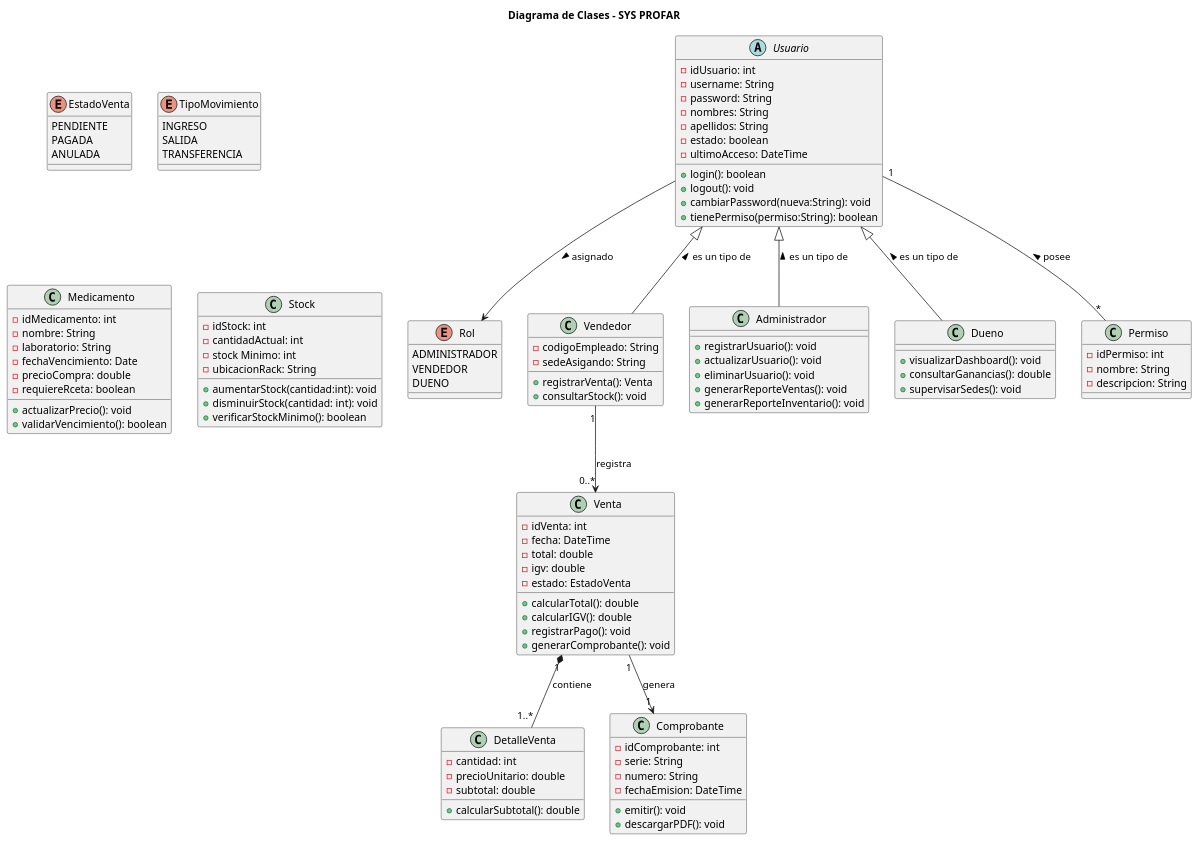
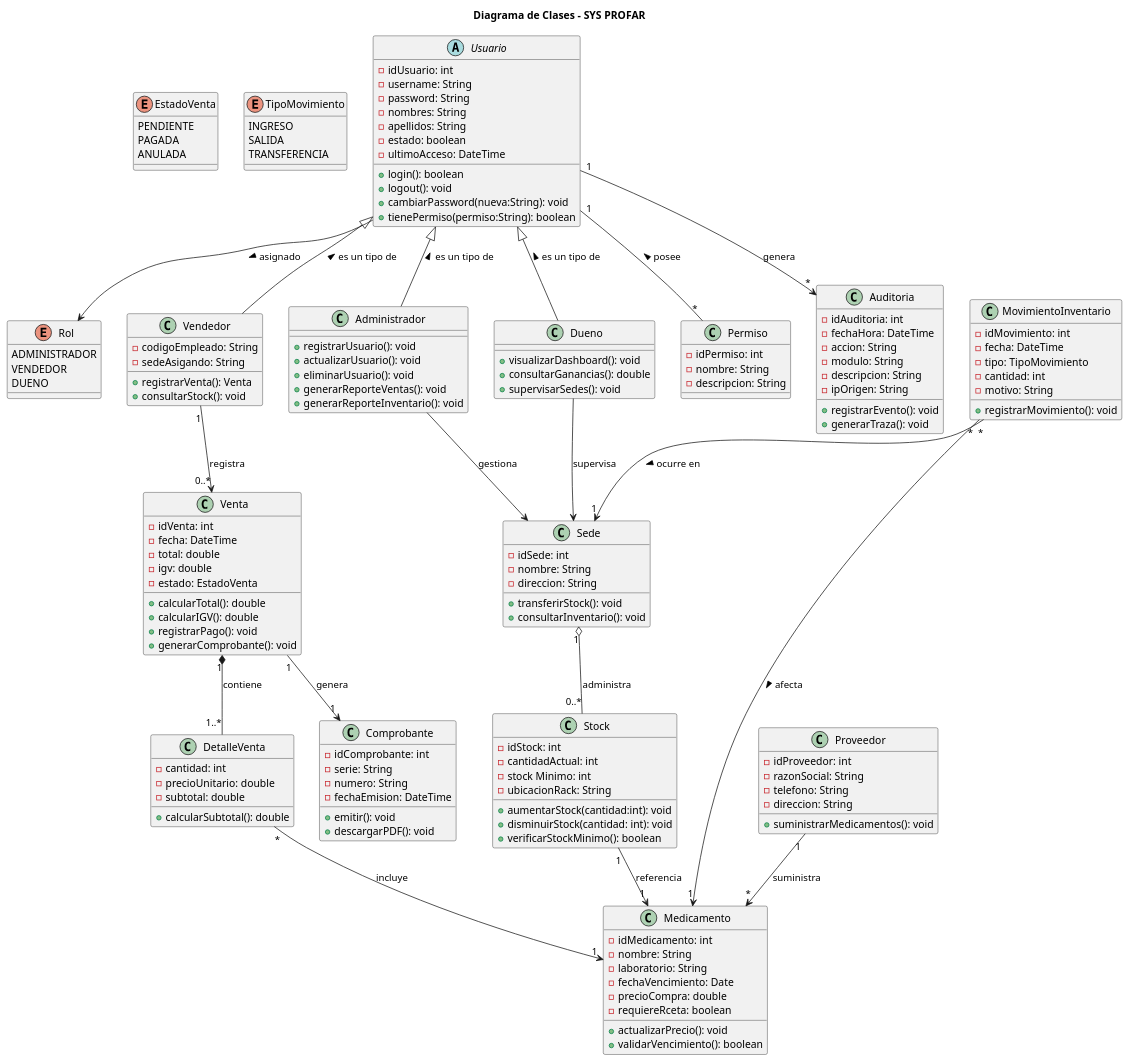
The diagram in 2-MODELO_UML/Estructural/1-Clases/diagrama-clases-sysprofar.puml (sucaroque/SYS-PROFAR-DOCS), drawn with PlantUML before and after one commit.

Commit message:
Avance y actualizacion del diagrama de clases

```diff
--- a/2-MODELO_UML/Estructural/1-Clases/diagrama-clases-sysprofar.puml
+++ b/2-MODELO_UML/Estructural/1-Clases/diagrama-clases-sysprofar.puml
@@ -136,5 +136,66 @@
     + disminuirStock(cantidad: int): void
     + verificarStockMinimo(): boolean
 }
+class Sede {
+    - idSede: int
+    - nombre: String
+    - direccion: String
+
+    + transferirStock(): void
+    + consultarInventario(): void
+}
+
+class MovimientoInventario {
+    - idMovimiento: int
+    - fecha: DateTime
+    - tipo: TipoMovimiento
+    - cantidad: int
+    - motivo: String
+
+    + registrarMovimiento(): void
+}
+
+class Proveedor {
+    - idProveedor: int
+    - razonSocial: String
+    - telefono: String
+    - direccion: String
+
+    + suministrarMedicamentos(): void
+}
+
+Sede "1" o-- "0..*" Stock : administra
+Stock "1" --> "1" Medicamento : referencia
+DetalleVenta "*" --> "1" Medicamento : incluye
+
+MovimientoInventario "*" --> "1" Medicamento : afecta >
+MovimientoInventario "*" --> "1" Sede : ocurre en >
+
+Proveedor "1" --> "*" Medicamento : suministra
+
+'========================
+' AUDITORIA
+'========================
+
+class Auditoria {
+    - idAuditoria: int
+    - fechaHora: DateTime
+    - accion: String
+    - modulo: String
+    - descripcion: String
+    - ipOrigen: String
+
+    + registrarEvento(): void
+    + generarTraza(): void
+}
+
+Usuario "1" --> "*" Auditoria : genera
+
+'========================
+' RELACIONES ADICIONALES
+'========================
+
+Administrador --> Sede : gestiona
+Dueno --> Sede : supervisa
 
 @enduml
```
